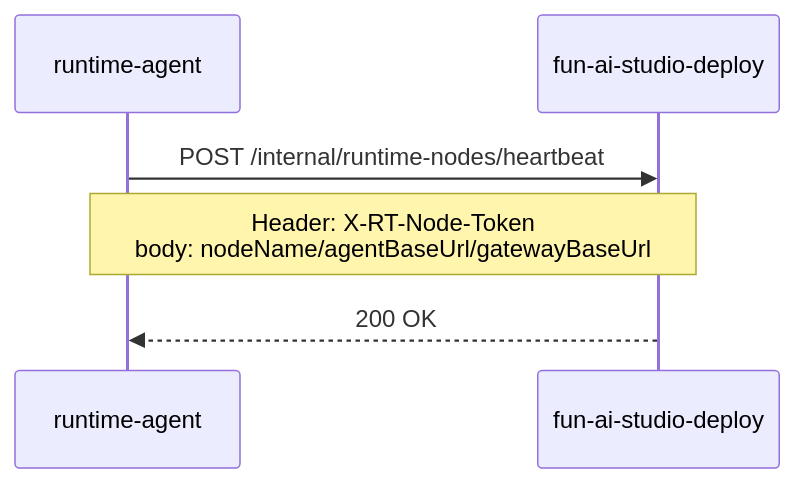
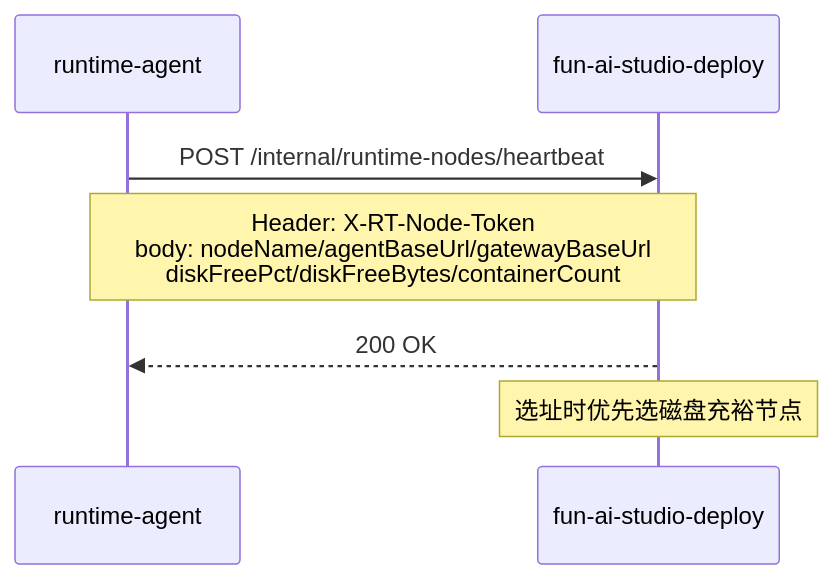
Before and after one commit to ruiAndroid/fun-ai-studio-api: the third of 3 diagrams in src/main/resources/doc/domains/deploy/architecture.md, drawn with Mermaid. The commit also changed other lines of this file and 2 other files, not shown here.

````diff
--- a/src/main/resources/doc/domains/deploy/architecture.md
+++ b/src/main/resources/doc/domains/deploy/architecture.md
@@ -143,9 +148,10 @@
 ```mermaid
 sequenceDiagram
 participant Agent as runtime-agent
 participant Deploy as fun-ai-studio-deploy
 
 Agent->>Deploy: POST /internal/runtime-nodes/heartbeat
-Note over Agent,Deploy: Header: X-RT-Node-Token<br/>body: nodeName/agentBaseUrl/gatewayBaseUrl
+Note over Agent,Deploy: Header: X-RT-Node-Token<br/>body: nodeName/agentBaseUrl/gatewayBaseUrl<br/>diskFreePct/diskFreeBytes/containerCount
 Deploy-->>Agent: 200 OK
+Note over Deploy: 选址时优先选磁盘充裕节点
 ```
````
